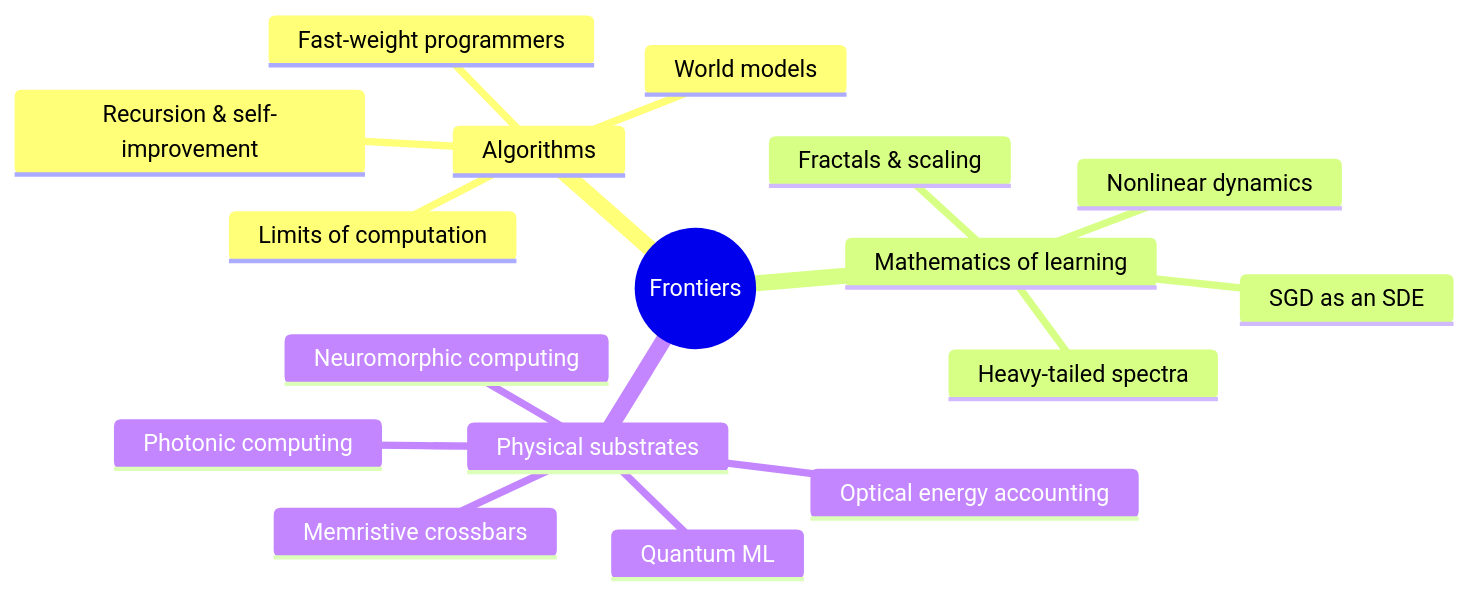
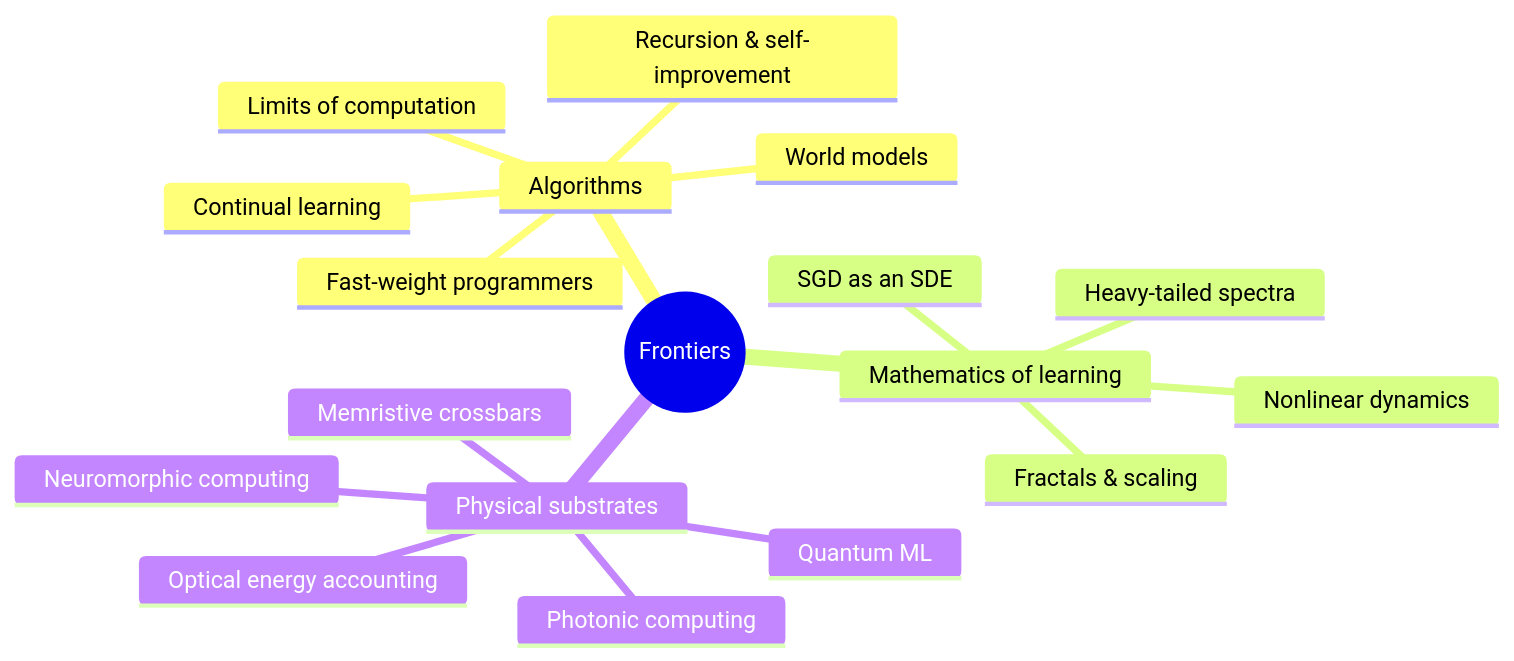
One commit to marcpoliquin5/understanding-ai changed the diagram in docs/06-frontiers/README.md. Above: the diagram before and after it, drawn with Mermaid. The commit also changed other lines of this file and 7 other files, not shown here.

Commit message:
Add Continual learning and catastrophic forgetting page (Frontiers) with 55 new checked references

````diff
--- a/docs/06-frontiers/README.md
+++ b/docs/06-frontiers/README.md
@@ -25,20 +26,21 @@
 ```mermaid
 mindmap
   root((Frontiers))
     Algorithms
       Recursion & self-improvement
       Fast-weight programmers
       World models
       Limits of computation
+      Continual learning
     Mathematics of learning
       Fractals & scaling
       Heavy-tailed spectra
       Nonlinear dynamics
       SGD as an SDE
     Physical substrates
       Photonic computing
       Optical energy accounting
       Neuromorphic computing
       Memristive crossbars
       Quantum ML
 ```
````
